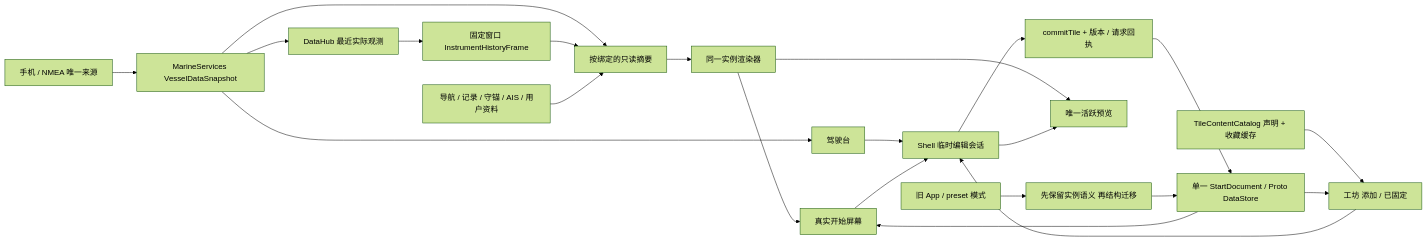
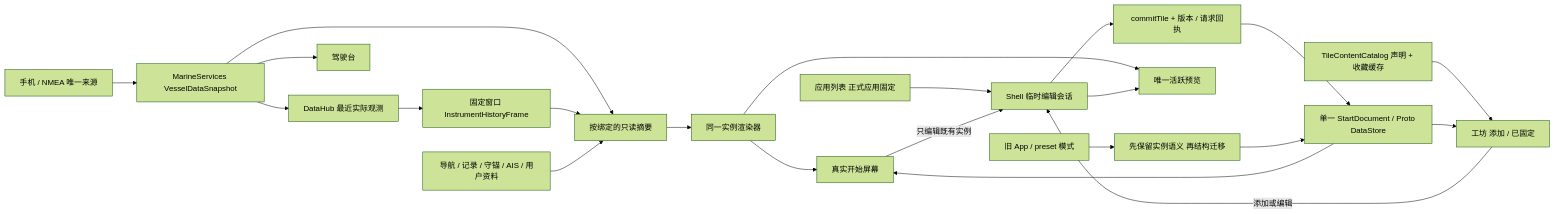
Before and after one commit to ohkuku/yokuli_marine_shell: the diagram in docs/product/INSTRUMENT_TILE_CONTRACT.md, drawn with Mermaid (forest theme). The commit also changed other lines of this file and 35 other files, not shown here.

````diff
--- a/docs/product/INSTRUMENT_TILE_CONTRACT.md
+++ b/docs/product/INSTRUMENT_TILE_CONTRACT.md
@@ -123,24 +124,24 @@
 ```mermaid
 flowchart LR
     Sources[手机 / NMEA 唯一来源] --> Fusion[MarineServices VesselDataSnapshot]
     Fusion --> Hub[DataHub 最近实际观测]
     Fusion --> Instruments[驾驶台]
     Fusion --> Projection[按绑定的只读摘要]
     Hub --> Fixed[固定窗口 InstrumentHistoryFrame]
     Fixed --> Projection
     Shared[导航 / 记录 / 守锚 / AIS / 用户资料] --> Projection
     Catalog[TileContentCatalog 声明 + 收藏缓存] --> Workshop[工坊 添加 / 已固定]
-    Instruments --> Editor[Shell 临时编辑会话]
-    Workshop --> Editor
-    Start[真实开始屏幕] --> Editor
+    AllApps[应用列表 正式应用固定] --> Editor[Shell 临时编辑会话]
+    Workshop -->|添加或编辑| Editor
+    Start[真实开始屏幕] -->|只编辑既有实例| Editor
     Editor --> Commit[commitTile + 版本 / 请求回执]
     Commit --> Store[单一 StartDocument / Proto DataStore]
     Store --> Start
     Store --> Workshop
     Projection --> Renderer[同一实例渲染器]
     Renderer --> Start
     Renderer --> Preview[唯一活跃预览]
     Editor --> Preview
     Legacy[旧 App / preset 模式] --> Migration[先保留实例语义 再结构迁移]
     Migration --> Store
 ```
````
